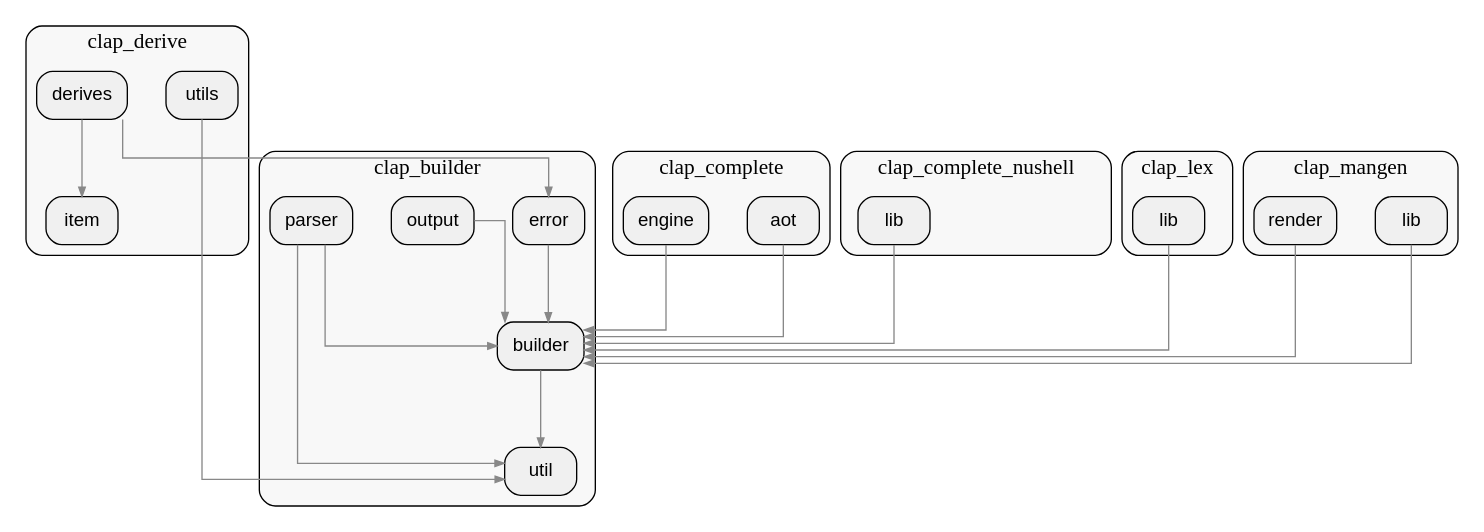
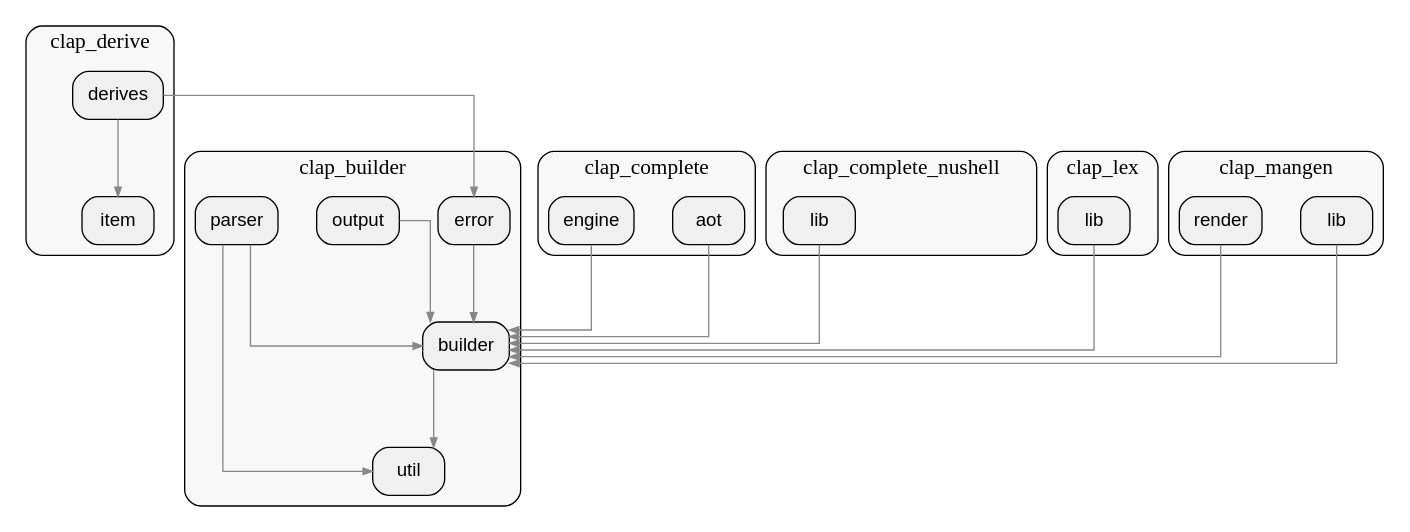
One commit to allenanswerzq/llmcc changed the diagram in sample/rust/clap/depth_2_module.dot. Above: the diagram before and after it, drawn with Graphviz. The commit also changed 303 other files, not shown here.

```diff
--- a/sample/rust/clap/depth_2_module.dot
+++ b/sample/rust/clap/depth_2_module.dot
@@ -1,85 +1,83 @@
 digraph architecture {
   rankdir=TB;
   ranksep=0.8;
   nodesep=0.4;
   splines=ortho;
   concentrate=true;
 
   node [shape=box, style="rounded,filled", fillcolor="#f0f0f0", fontname="Helvetica"];
   edge [color="#888888", arrowsize=0.7];
 
   labelloc=t;
   fontsize=16;
 
   subgraph cluster_clap_builder {
     label="clap_builder";
     style=rounded;
     bgcolor="#f8f8f8";
 
     mod_clap_builder_builder[label="builder", path="/home/yibai/llmcc/sample/repos/clap/clap_builder/src/builder"];
     mod_clap_builder_error[label="error", path="/home/yibai/llmcc/sample/repos/clap/clap_builder/src/error"];
     mod_clap_builder_output[label="output", path="/home/yibai/llmcc/sample/repos/clap/clap_builder/src/output"];
     mod_clap_builder_parser[label="parser", path="/home/yibai/llmcc/sample/repos/clap/clap_builder/src/parser"];
     mod_clap_builder_util[label="util", path="/home/yibai/llmcc/sample/repos/clap/clap_builder/src/util"];
   }
 
   subgraph cluster_clap_complete {
     label="clap_complete";
     style=rounded;
     bgcolor="#f8f8f8";
 
     mod_clap_complete_aot[label="aot", path="/home/yibai/llmcc/sample/repos/clap/clap_complete/src/aot"];
     mod_clap_complete_engine[label="engine", path="/home/yibai/llmcc/sample/repos/clap/clap_complete/src/engine"];
   }
 
   subgraph cluster_clap_complete_nushell {
     label="clap_complete_nushell";
     style=rounded;
     bgcolor="#f8f8f8";
 
     mod_clap_complete_nushell_lib[label="lib", path="/home/yibai/llmcc/sample/repos/clap/clap_complete_nushell/src"];
   }
 
   subgraph cluster_clap_derive {
     label="clap_derive";
     style=rounded;
     bgcolor="#f8f8f8";
 
     mod_clap_derive_derives[label="derives", path="/home/yibai/llmcc/sample/repos/clap/clap_derive/src/derives"];
     mod_clap_derive_item[label="item", path="/home/yibai/llmcc/sample/repos/clap/clap_derive/src"];
-    mod_clap_derive_utils[label="utils", path="/home/yibai/llmcc/sample/repos/clap/clap_derive/src/utils"];
   }
 
   subgraph cluster_clap_lex {
     label="clap_lex";
     style=rounded;
     bgcolor="#f8f8f8";
 
     mod_clap_lex_lib[label="lib", path="/home/yibai/llmcc/sample/repos/clap/clap_lex/src"];
   }
 
   subgraph cluster_clap_mangen {
     label="clap_mangen";
     style=rounded;
     bgcolor="#f8f8f8";
 
     mod_clap_mangen_lib[label="lib", path="/home/yibai/llmcc/sample/repos/clap/clap_mangen/src"];
     mod_clap_mangen_render[label="render", path="/home/yibai/llmcc/sample/repos/clap/clap_mangen/src"];
   }
 
 
   mod_clap_builder_builder -> mod_clap_builder_util;
   mod_clap_builder_error -> mod_clap_builder_builder;
   mod_clap_builder_output -> mod_clap_builder_builder;
   mod_clap_builder_parser -> mod_clap_builder_builder;
   mod_clap_builder_parser -> mod_clap_builder_util;
   mod_clap_complete_aot -> mod_clap_builder_builder;
   mod_clap_complete_engine -> mod_clap_builder_builder;
   mod_clap_complete_nushell_lib -> mod_clap_builder_builder;
   mod_clap_derive_derives -> mod_clap_builder_error;
   mod_clap_derive_derives -> mod_clap_derive_item;
-  mod_clap_derive_utils -> mod_clap_builder_util;
   mod_clap_lex_lib -> mod_clap_builder_builder;
   mod_clap_mangen_lib -> mod_clap_builder_builder;
   mod_clap_mangen_render -> mod_clap_builder_builder;
 }
```
